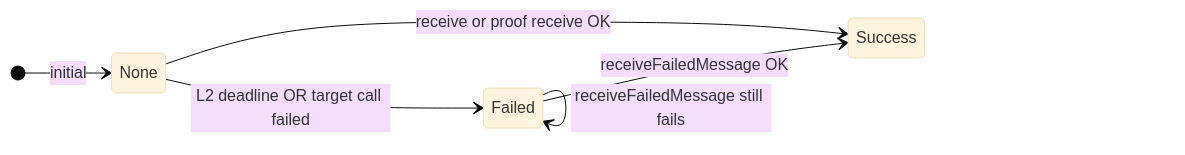
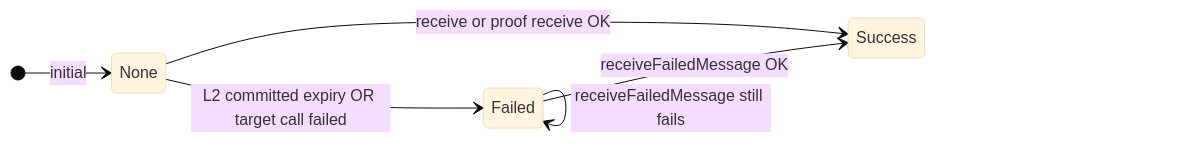
The first of 6 diagrams in docs/BridgeFailuresAndRollback.md (fluentlabs-xyz/solidity-contracts), drawn with Mermaid (base theme) before and after one commit. The commit also changed other lines of this file and 22 other files, not shown here.

````diff
--- a/docs/BridgeFailuresAndRollback.md
+++ b/docs/BridgeFailuresAndRollback.md
@@ -23,9 +23,9 @@
 ```mermaid
 stateDiagram-v2
     direction LR
     [*] --> None : initial
     None --> Success : receive or proof receive OK
-    None --> Failed : L2 deadline OR target call failed
+    None --> Failed : L2 committed expiry OR target call failed
     Failed --> Success : receiveFailedMessage OK
     Failed --> Failed : receiveFailedMessage still fails
 ```
````
